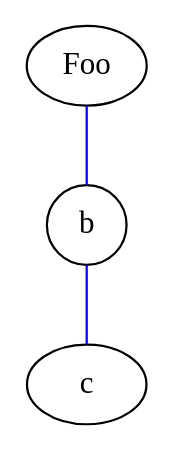
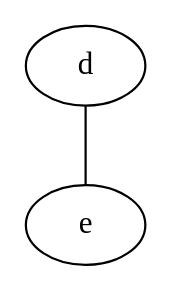
The diagram in pythons/file.dot (vmsreeram/algo-visualiser), drawn with Graphviz before and after one commit. The commit also changed 1 other file, not shown here.

```diff
--- a/pythons/file.dot
+++ b/pythons/file.dot
@@ -1,6 +1,13 @@
-graph my_graph {
-   bgcolor="white";
-   a [label="Foo"];
-   b [shape=circle];
-   a -- b -- c [color=blue];
+/*
+digraph my_graph {
+    {
+        node [margin=0 fontcolor=blue fontsize=32 width=0.5 shape=circle style=filled]
+    }
+   a -> {b c};
+   x -> {c y};
+   {b y} -> z;
+   p -- q;
+} */
+graph my {
+    d -- e;
 }
```
